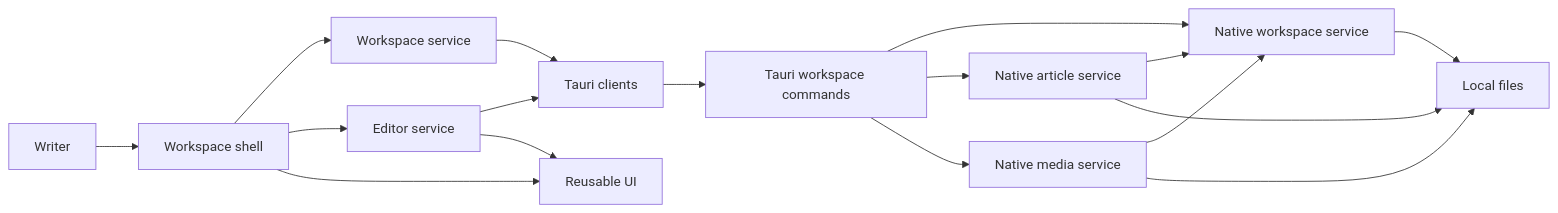
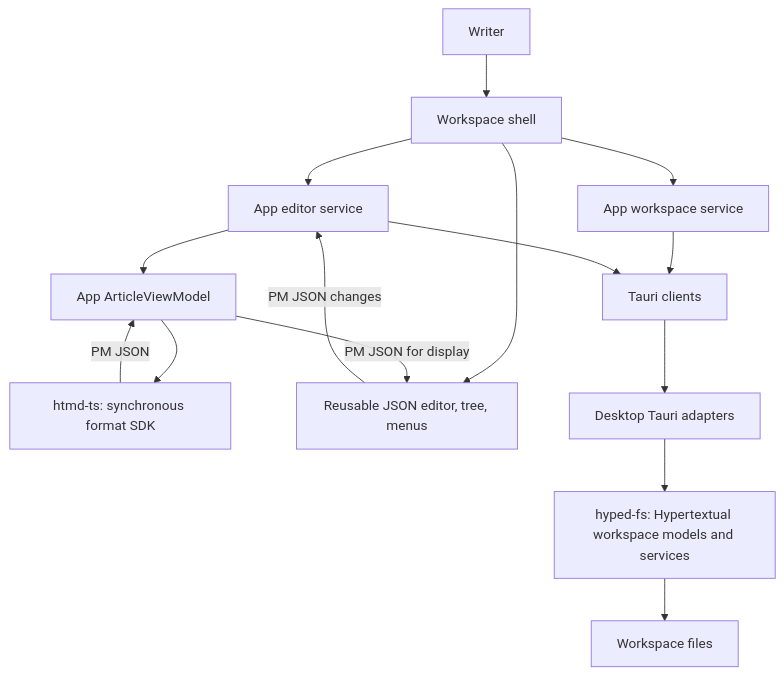
One commit to hypertextual/hypertextual changed the diagram in docs/architecture/index.md. Above: the diagram before and after it, drawn with Mermaid. The commit also changed other lines of this file and 128 other files, not shown here.

First line of the commit message:
refactor: vendor editor and separate format and workspace ownership

````diff
--- a/docs/architecture/index.md
+++ b/docs/architecture/index.md
@@ -26,19 +26,17 @@
 ```mermaid
-flowchart LR
+flowchart TD
   Writer --> Shell[Workspace shell]
-  Shell --> Workspace[Workspace service]
-  Shell --> Editor[Editor service]
-  Shell --> UI[Reusable UI]
+  Shell --> Workspace[App workspace service]
+  Shell --> Editor[App editor service]
+  Editor --> Document[App ArticleViewModel]
+  Document --> SDK[htmd-ts: synchronous format SDK]
+  SDK -->|PM JSON| Document
+  Shell --> UI[Reusable JSON editor, tree, menus]
+  UI -->|PM JSON changes| Editor
+  Document -->|PM JSON for display| UI
   Workspace --> Client[Tauri clients]
   Editor --> Client
-  Editor --> UI
-  Client --> Rust[Tauri workspace commands]
-  Rust --> WorkspaceService[Native workspace service]
-  Rust --> ArticleService[Native article service]
-  Rust --> MediaService[Native media service]
-  ArticleService --> WorkspaceService
-  MediaService --> WorkspaceService
-  WorkspaceService --> Files[Local files]
-  ArticleService --> Files
-  MediaService --> Files
+  Client --> Native[Desktop Tauri adapters]
+  Native --> Filesystem[hyped-fs: Hypertextual workspace models and services]
+  Filesystem --> Files[Workspace files]
 ```
````
